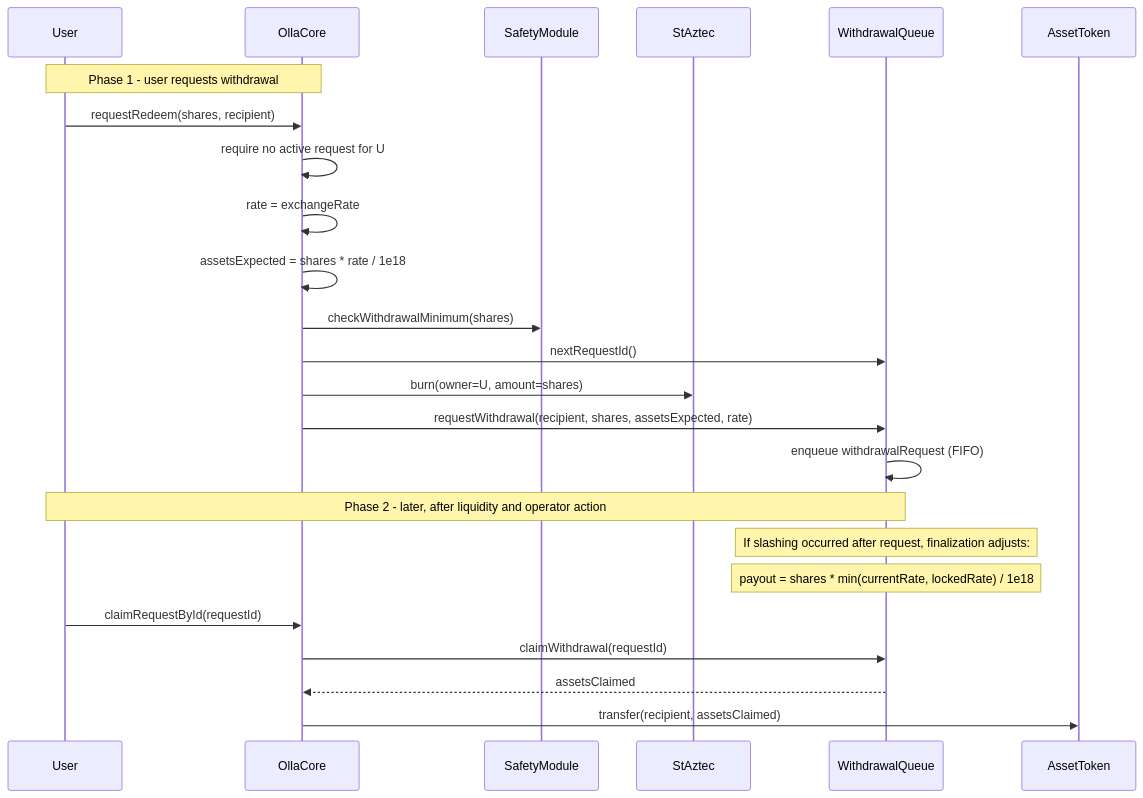
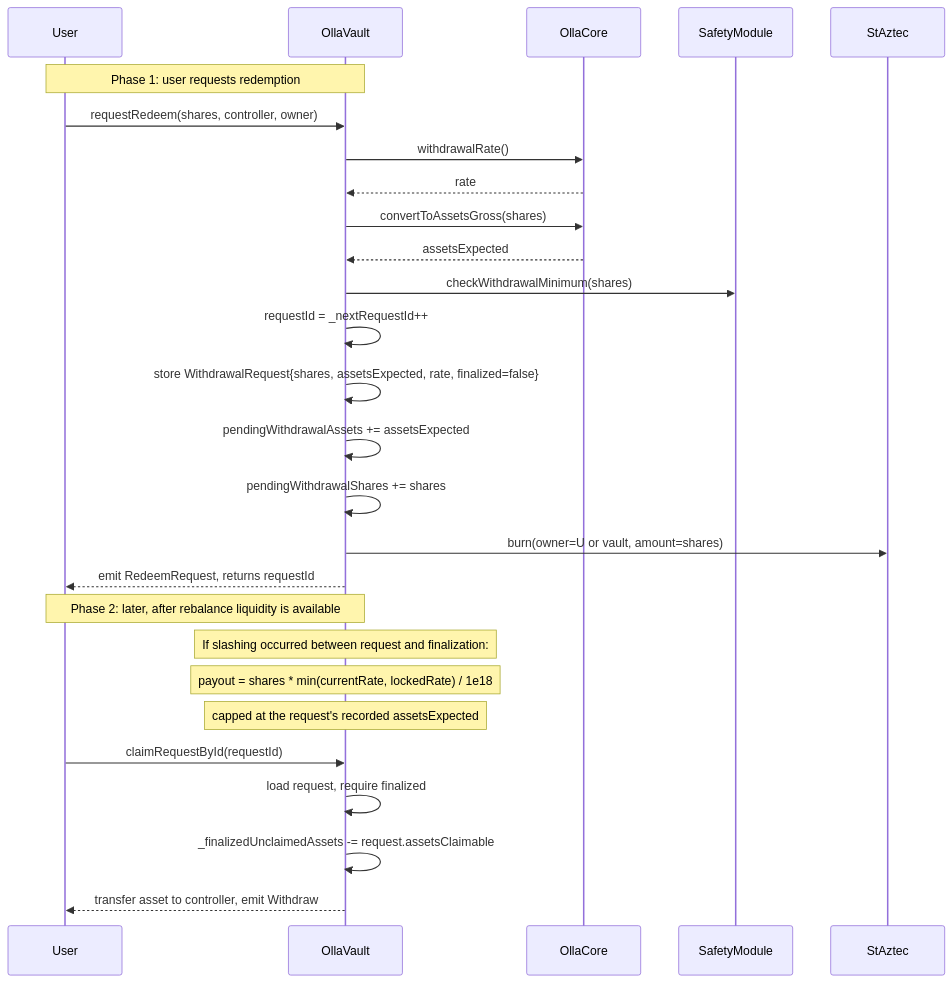
One commit to ollafinance/core changed the third of 4 diagrams in docs/architecture/user-actions.md. Above: the diagram before and after it, drawn with Mermaid. The commit also changed other lines of this file and 180 other files, not shown here.

````diff
--- a/docs/architecture/user-actions.md
+++ b/docs/architecture/user-actions.md
@@ -58,30 +61,34 @@
 ```mermaid
 sequenceDiagram
     participant U as User
+    participant V as OllaVault
     participant C as OllaCore
     participant SAF as SafetyModule
     participant ST as StAztec
-    participant WQ as WithdrawalQueue
-    participant AZ as AssetToken
 
-    Note over U,C: Phase 1 - user requests withdrawal
+    Note over U,V: Phase 1: user requests redemption
 
-    U->>C: requestRedeem(shares, recipient)
-    C->>C: require no active request for U
-    C->>C: rate = exchangeRate
-    C->>C: assetsExpected = shares * rate / 1e18
-    C->>SAF: checkWithdrawalMinimum(shares)
-    C->>WQ: nextRequestId()
-    C->>ST: burn(owner=U, amount=shares)
-    C->>WQ: requestWithdrawal(recipient, shares, assetsExpected, rate)
-    WQ->>WQ: enqueue withdrawalRequest (FIFO)
+    U->>V: requestRedeem(shares, controller, owner)
+    V->>C: withdrawalRate()
+    C-->>V: rate
+    V->>C: convertToAssetsGross(shares)
+    C-->>V: assetsExpected
+    V->>SAF: checkWithdrawalMinimum(shares)
+    V->>V: requestId = _nextRequestId++
+    V->>V: store WithdrawalRequest{shares, assetsExpected, rate, finalized=false}
+    V->>V: pendingWithdrawalAssets += assetsExpected
+    V->>V: pendingWithdrawalShares += shares
+    V->>ST: burn(owner=U or vault, amount=shares)
+    V-->>U: emit RedeemRequest, returns requestId
 
-    Note over U,WQ: Phase 2 - later, after liquidity and operator action
-    Note over WQ: If slashing occurred after request, finalization adjusts:
-    Note over WQ: payout = shares * min(currentRate, lockedRate) / 1e18
+    Note over U,V: Phase 2: later, after rebalance liquidity is available
 
-    U->>C: claimRequestById(requestId)
-    C->>WQ: claimWithdrawal(requestId)
-    WQ-->>C: assetsClaimed
-    C->>AZ: transfer(recipient, assetsClaimed)
+    Note over V: If slashing occurred between request and finalization:
+    Note over V: payout = shares * min(currentRate, lockedRate) / 1e18
+    Note over V: capped at the request's recorded assetsExpected
+
+    U->>V: claimRequestById(requestId)
+    V->>V: load request, require finalized
+    V->>V: _finalizedUnclaimedAssets -= request.assetsClaimable
+    V-->>U: transfer asset to controller, emit Withdraw
 ```
````
